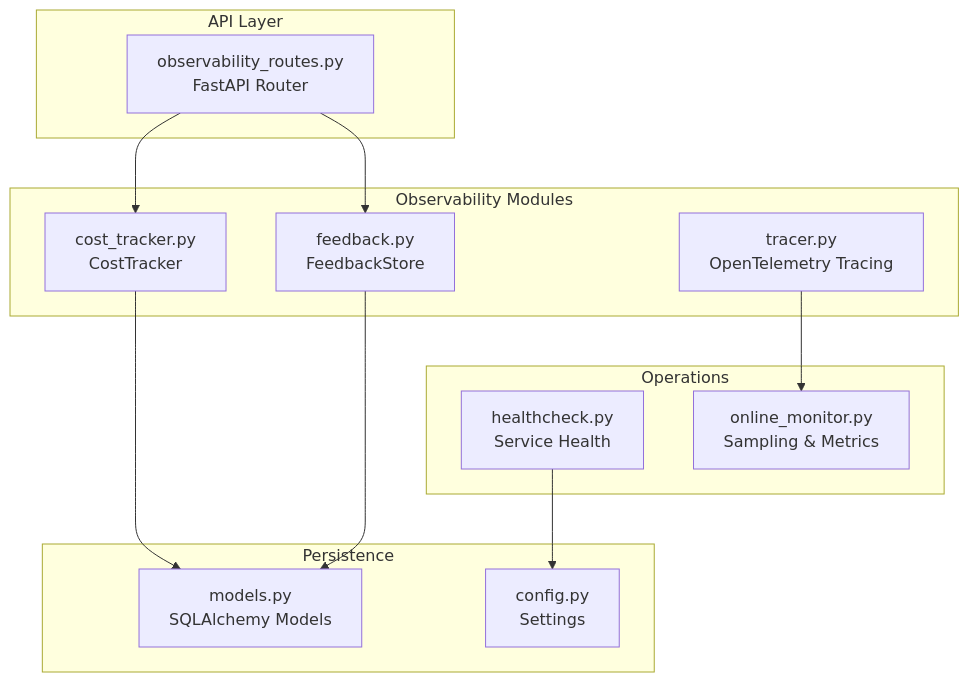
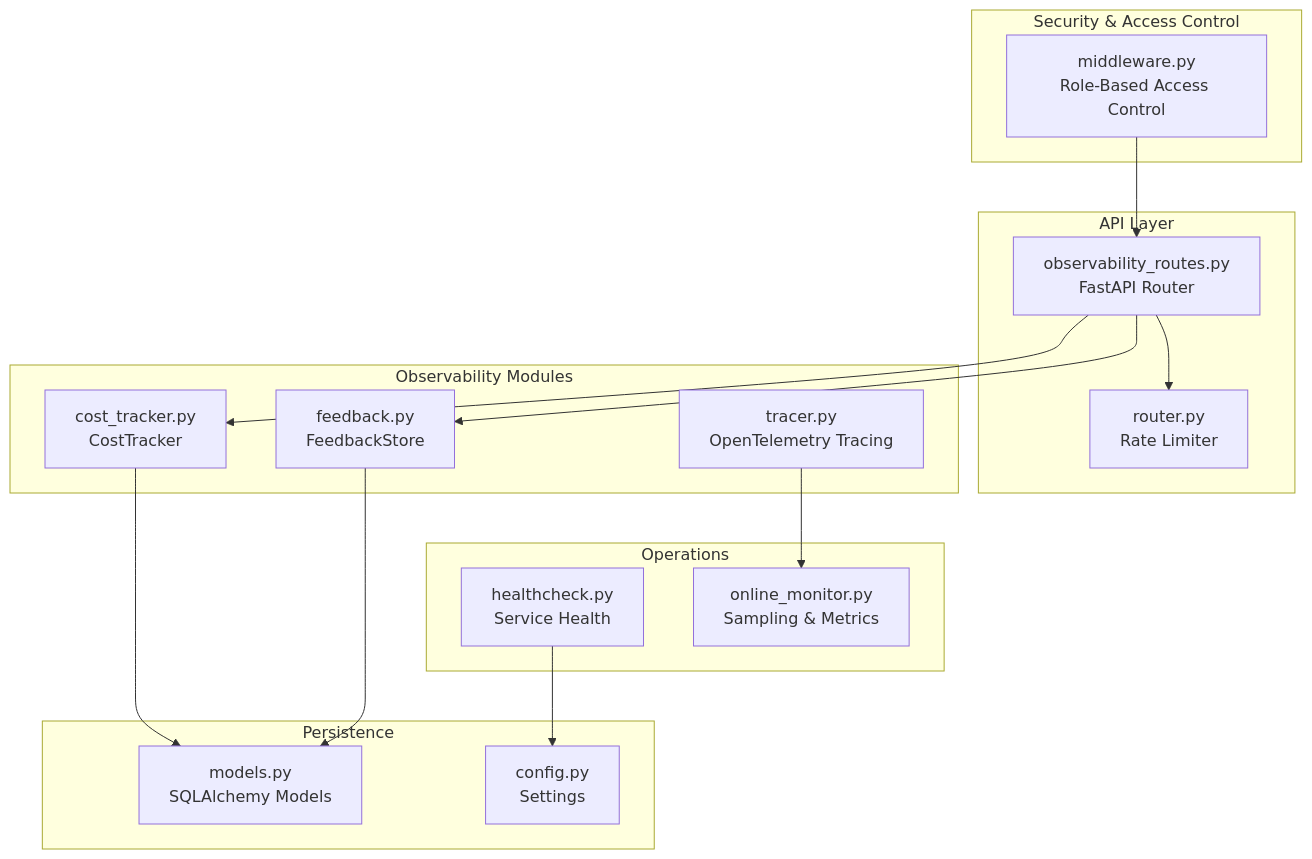
Before and after one commit to genes8/private-ai: the first of 4 diagrams in .qoder/repowiki/en/content/API Reference/Observability API.md, drawn with Mermaid. The commit also changed other lines of this file and 12 other files, not shown here.

````diff
--- a/.qoder/repowiki/en/content/API Reference/Observability API.md
+++ b/.qoder/repowiki/en/content/API Reference/Observability API.md
@@ -38,25 +48,31 @@
 ```mermaid
 graph TB
 subgraph "API Layer"
 R["observability_routes.py<br/>FastAPI Router"]
+L["router.py<br/>Rate Limiter"]
 end
 subgraph "Observability Modules"
 F["feedback.py<br/>FeedbackStore"]
 C["cost_tracker.py<br/>CostTracker"]
 T["tracer.py<br/>OpenTelemetry Tracing"]
 end
+subgraph "Security & Access Control"
+M["middleware.py<br/>Role-Based Access Control"]
+end
 subgraph "Persistence"
-M["models.py<br/>SQLAlchemy Models"]
+MD["models.py<br/>SQLAlchemy Models"]
 CFG["config.py<br/>Settings"]
 end
 subgraph "Operations"
 HC["healthcheck.py<br/>Service Health"]
 OM["online_monitor.py<br/>Sampling & Metrics"]
 end
+R --> L
 R --> F
 R --> C
-C --> M
-F --> M
+C --> MD
+F --> MD
 T --> OM
+M --> R
 HC --> CFG
 ```
````
